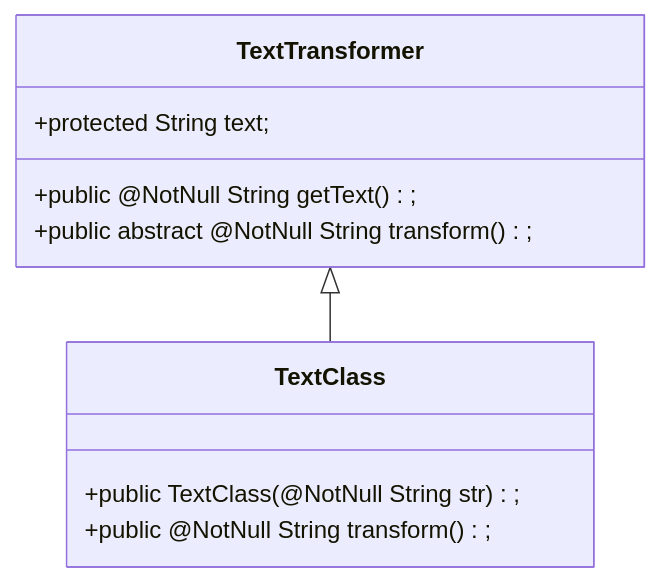
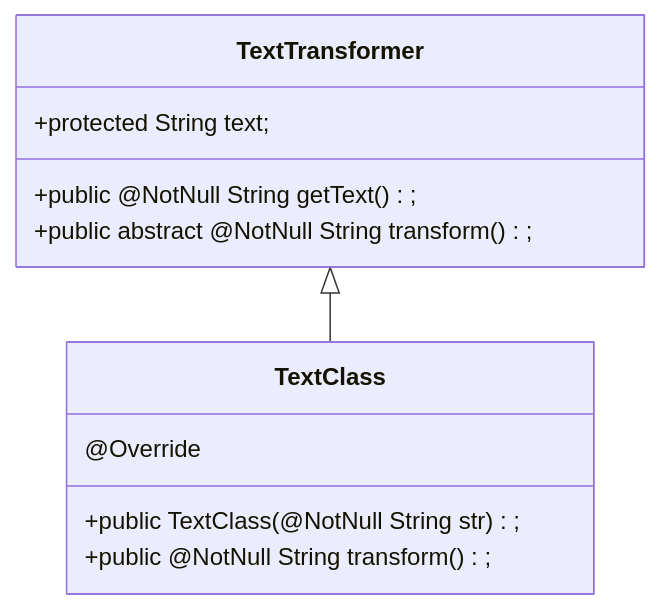
One commit to Dashrek/SK2_R_P_S changed the diagram in exampleclass.md. Above: the diagram before and after it, drawn with Mermaid.

````diff
--- a/exampleclass.md
+++ b/exampleclass.md
@@ -2,13 +2,14 @@
 ```mermaid
 classDiagram
   class TextTransformer {
     +protected String text;
     +public @NotNull String getText();
     +public abstract @NotNull String transform();
   }
   class TextClass {
     +public TextClass(@NotNull String str);
+    @Override
     +public @NotNull String transform();
   }
   TextTransformer <|-- TextClass
 ```
````
